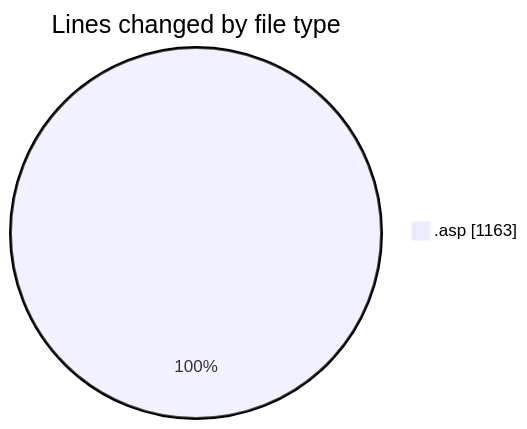
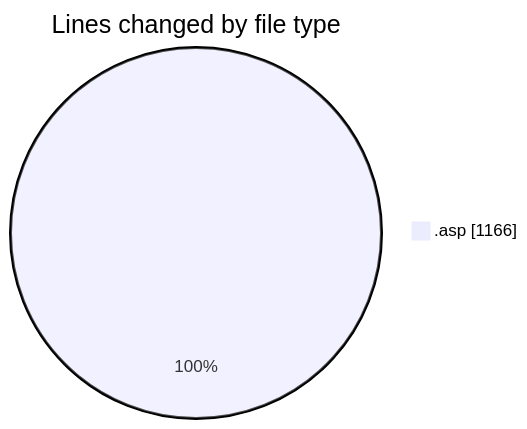
One commit to julien-gomy/code-tracking changed the first of 2 diagrams in 2025-11-20/cdp_aleoudev_fr__workspace_/README.md. Above: the diagram before and after it, drawn with Mermaid. The commit also changed other lines of this file and 1 other file, not shown here.

````diff
--- a/2025-11-20/cdp_aleoudev_fr__workspace_/README.md
+++ b/2025-11-20/cdp_aleoudev_fr__workspace_/README.md
@@ -23,5 +23,5 @@
 ```mermaid
 pie showData
 title Lines changed by file type
-".asp" : 1163
+".asp" : 1166
 ```
````
